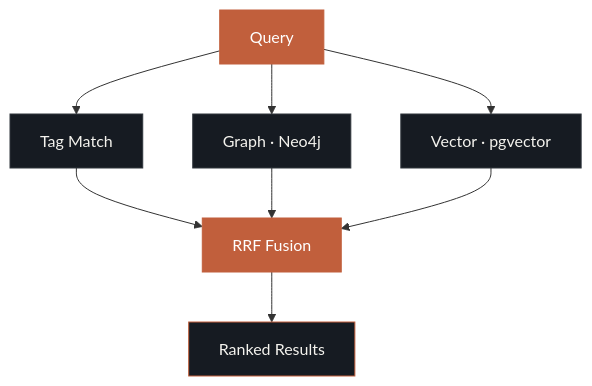
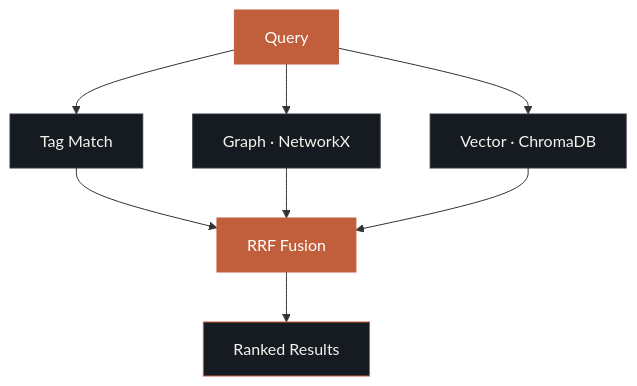
Before and after one commit to bolnet/attestor: the diagram in README.md, drawn with Mermaid. The commit also changed other lines of this file, not shown here.

Commit message:
docs: rewrite README for v2.0.0 zero-config architecture

````diff
--- a/README.md
+++ b/README.md
@@ -200,17 +155,17 @@
 ```mermaid
 graph TD
     Q[Query] --> T["Tag Match"]
-    Q --> G["Graph · Neo4j"]
-    Q --> V["Vector · pgvector"]
+    Q --> G["Graph · NetworkX"]
+    Q --> V["Vector · ChromaDB"]
     T --> R[RRF Fusion]
     G --> R
     V --> R
     R --> O[Ranked Results]
 
     style Q fill:#C15F3C,stroke:#C15F3C,color:#fff
     style R fill:#C15F3C,stroke:#C15F3C,color:#fff
     style O fill:#161b22,stroke:#C15F3C,color:#F4F3EE
     style T fill:#161b22,stroke:#30363d,color:#F4F3EE
     style G fill:#161b22,stroke:#30363d,color:#F4F3EE
     style V fill:#161b22,stroke:#30363d,color:#F4F3EE
 ```
````
